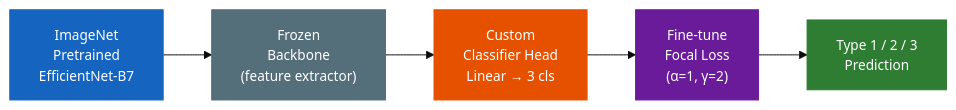
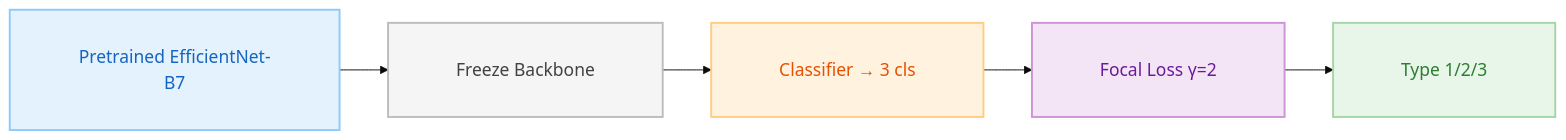
Before and after one commit to buttegggggggg/buttegggggggg.github.io: the fifth of 5 diagrams in ML.qmd, drawn with Mermaid. The commit also changed other lines of this file and 79 other files, not shown here.

````diff
--- a/ML.qmd
+++ b/ML.qmd
@@ -373,17 +362,11 @@
 ```{mermaid}
-%%{init: {"theme": "base", "themeVariables": {"fontSize": "14px"}}}%%
+%%{init: {"theme": "base", "themeVariables": {"fontSize": "18px"}, "flowchart": {"padding": 35}}}%%
 flowchart LR
-    A["ImageNet<br/>Pretrained<br/>EfficientNet-B7"]
-    B["Frozen<br/>Backbone<br/>(feature extractor)"]
-    C["Custom<br/>Classifier Head<br/>Linear → 3 cls"]
-    D["Fine-tune<br/>Focal Loss<br/>(α=1, γ=2)"]
-    E["Type 1 / 2 / 3<br/>Prediction"]
+    A["Pretrained EfficientNet-B7     "] --> B["Freeze Backbone     "] --> C["Classifier → 3 cls     "] --> D["Focal Loss γ=2     "] --> E["Type 1/2/3     "]
 
-    A --> B --> C --> D --> E
-
-    style A fill:#1565C0,color:#fff,stroke:#1565C0
-    style B fill:#546E7A,color:#fff,stroke:#546E7A
-    style C fill:#E65100,color:#fff,stroke:#E65100
-    style D fill:#6A1B9A,color:#fff,stroke:#6A1B9A
-    style E fill:#2E7D32,color:#fff,stroke:#2E7D32
+    style A fill:#E3F2FD,color:#1565C0,stroke:#90CAF9,stroke-width:2px
+    style B fill:#F5F5F5,color:#424242,stroke:#BDBDBD,stroke-width:2px
+    style C fill:#FFF3E0,color:#E65100,stroke:#FFCC80,stroke-width:2px
+    style D fill:#F3E5F5,color:#6A1B9A,stroke:#CE93D8,stroke-width:2px
+    style E fill:#E8F5E9,color:#2E7D32,stroke:#A5D6A7,stroke-width:2px
 ```
````
